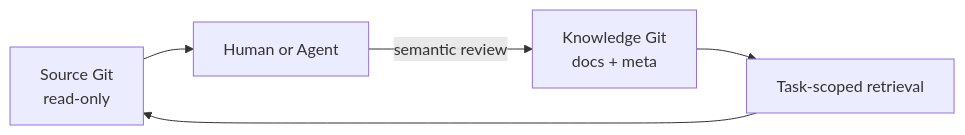
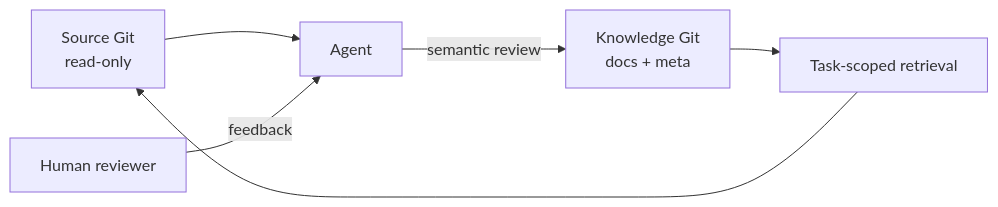
One commit to vegetablebird6/llmdoc changed the diagram in README.md. Above: the diagram before and after it, drawn with Mermaid. The commit also changed other lines of this file and 44 other files, not shown here.

Commit message:
test: converge protocol suite and validate config via published schema

````diff
--- a/README.md
+++ b/README.md
@@ -32,7 +50,8 @@
 ```mermaid
 flowchart LR
-    S[Source Git<br/>read-only] --> A[Human or Agent]
+    S[Source Git<br/>read-only] --> A[Agent]
     A -->|semantic review| K[Knowledge Git<br/>docs + meta]
+    H[Human reviewer] -->|feedback| A
     K --> R[Task-scoped retrieval]
     R --> S
 ```
````
